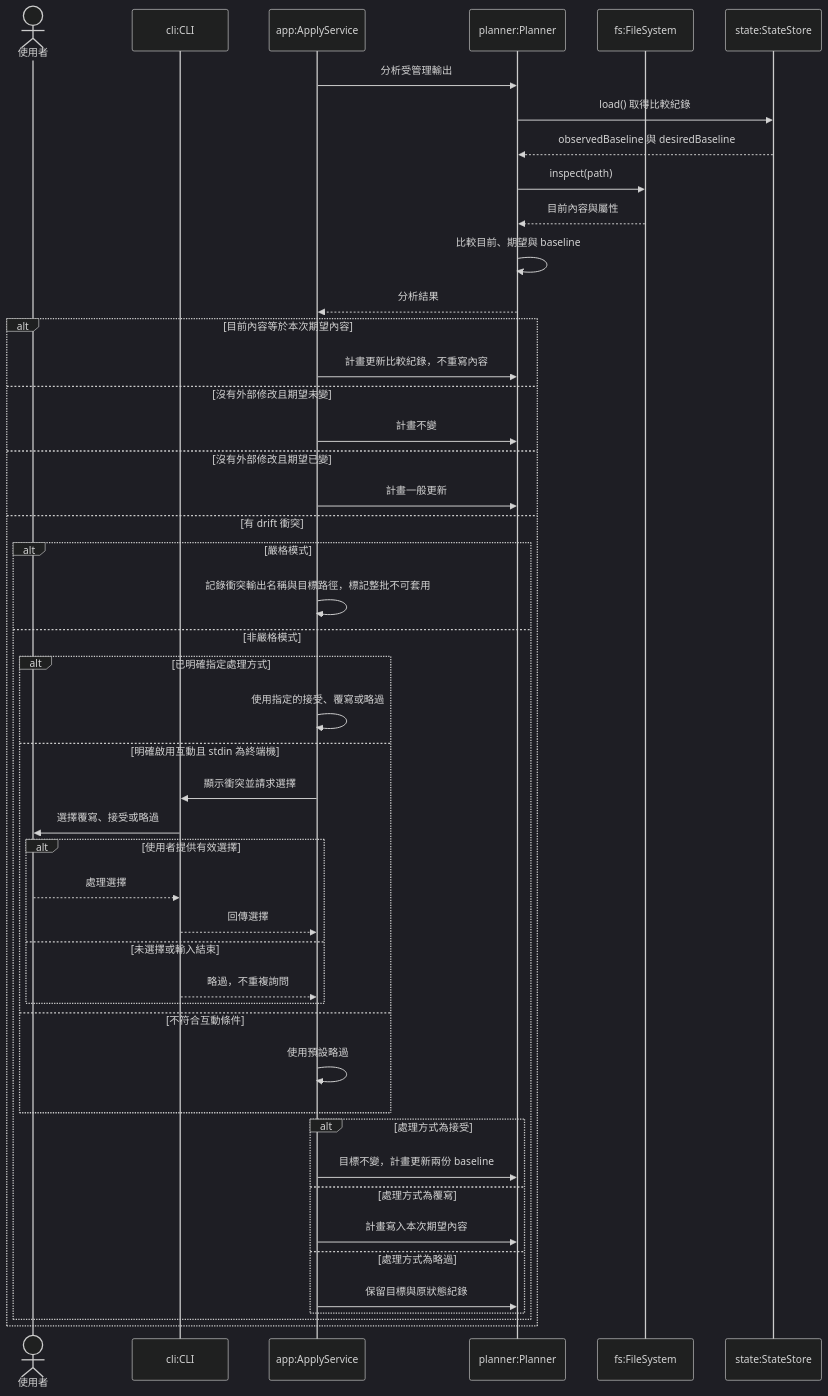
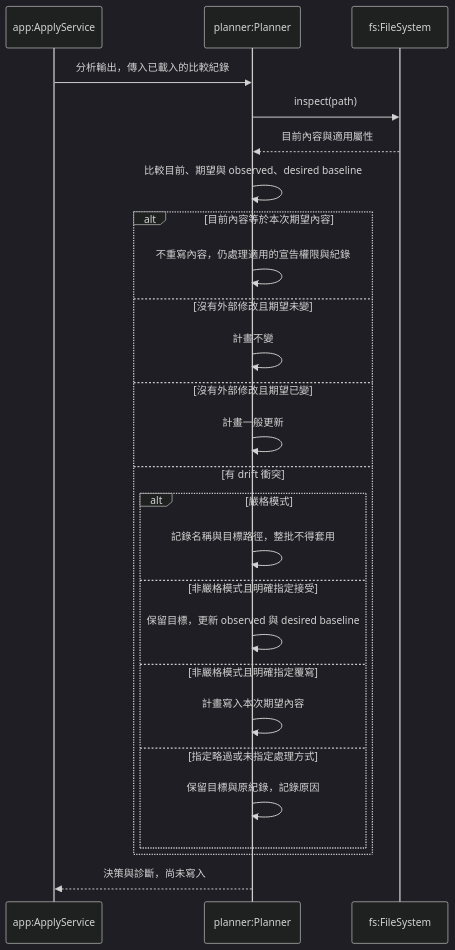
The seventh of 10 diagrams in docs/03-preliminary-design/uml.md (accidental-two-timer-sam-woof/rosamta-waterfall), drawn with Mermaid (dark theme) before and after one commit. The commit also changed other lines of this file, not shown here.

Commit message:
docs(design): align preliminary UML with SRS 1.5

````diff
--- a/docs/03-preliminary-design/uml.md
+++ b/docs/03-preliminary-design/uml.md
@@ -449,52 +498,28 @@
 ```mermaid
 sequenceDiagram
-    actor U as 使用者
-    participant C as cli:CLI
     participant A as app:ApplyService
     participant P as planner:Planner
     participant F as fs:FileSystem
-    participant S as state:StateStore
-
-    A->>P: 分析受管理輸出
-    P->>S: load() 取得比較紀錄
-    S-->>P: observedBaseline 與 desiredBaseline
+    A->>P: 分析輸出，傳入已載入的比較紀錄
     P->>F: inspect(path)
-    F-->>P: 目前內容與屬性
-    P->>P: 比較目前、期望與 baseline
-    P-->>A: 分析結果
-
+    F-->>P: 目前內容與適用屬性
+    P->>P: 比較目前、期望與 observed、desired baseline
     alt 目前內容等於本次期望內容
-        A->>P: 計畫更新比較紀錄，不重寫內容
+        P->>P: 不重寫內容，仍處理適用的宣告權限與紀錄
     else 沒有外部修改且期望未變
-        A->>P: 計畫不變
+        P->>P: 計畫不變
     else 沒有外部修改且期望已變
-        A->>P: 計畫一般更新
+        P->>P: 計畫一般更新
     else 有 drift 衝突
         alt 嚴格模式
-            A->>A: 記錄衝突輸出名稱與目標路徑，標記整批不可套用
-        else 非嚴格模式
-            alt 已明確指定處理方式
-                A->>A: 使用指定的接受、覆寫或略過
-            else 明確啟用互動且 stdin 為終端機
-                A->>C: 顯示衝突並請求選擇
-                C->>U: 選擇覆寫、接受或略過
-                alt 使用者提供有效選擇
-                    U-->>C: 處理選擇
-                    C-->>A: 回傳選擇
-                else 未選擇或輸入結束
-                    C-->>A: 略過，不重複詢問
-                end
-            else 不符合互動條件
-                A->>A: 使用預設略過
-            end
-
-            alt 處理方式為接受
-                A->>P: 目標不變，計畫更新兩份 baseline
-            else 處理方式為覆寫
-                A->>P: 計畫寫入本次期望內容
-            else 處理方式為略過
-                A->>P: 保留目標與原狀態紀錄
-            end
+            P->>P: 記錄名稱與目標路徑，整批不得套用
+        else 非嚴格模式且明確指定接受
+            P->>P: 保留目標，更新 observed 與 desired baseline
+        else 非嚴格模式且明確指定覆寫
+            P->>P: 計畫寫入本次期望內容
+        else 指定略過或未指定處理方式
+            P->>P: 保留目標與原紀錄，記錄原因
         end
     end
+    P-->>A: 決策與診斷，尚未寫入
 ```
````
